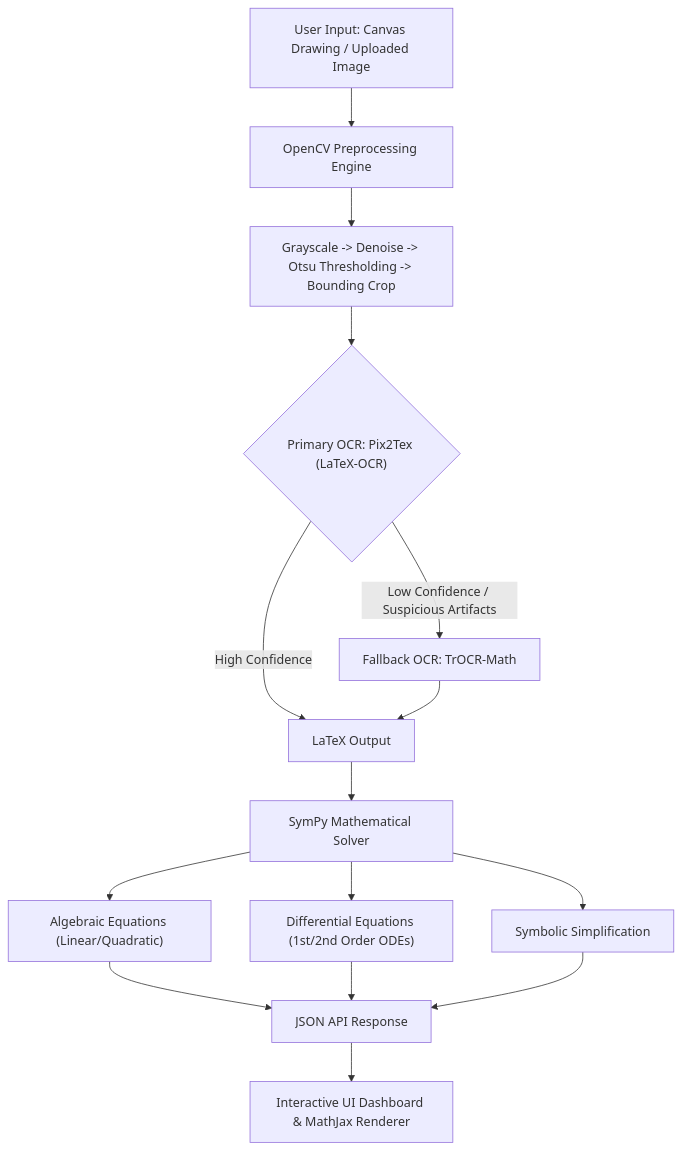
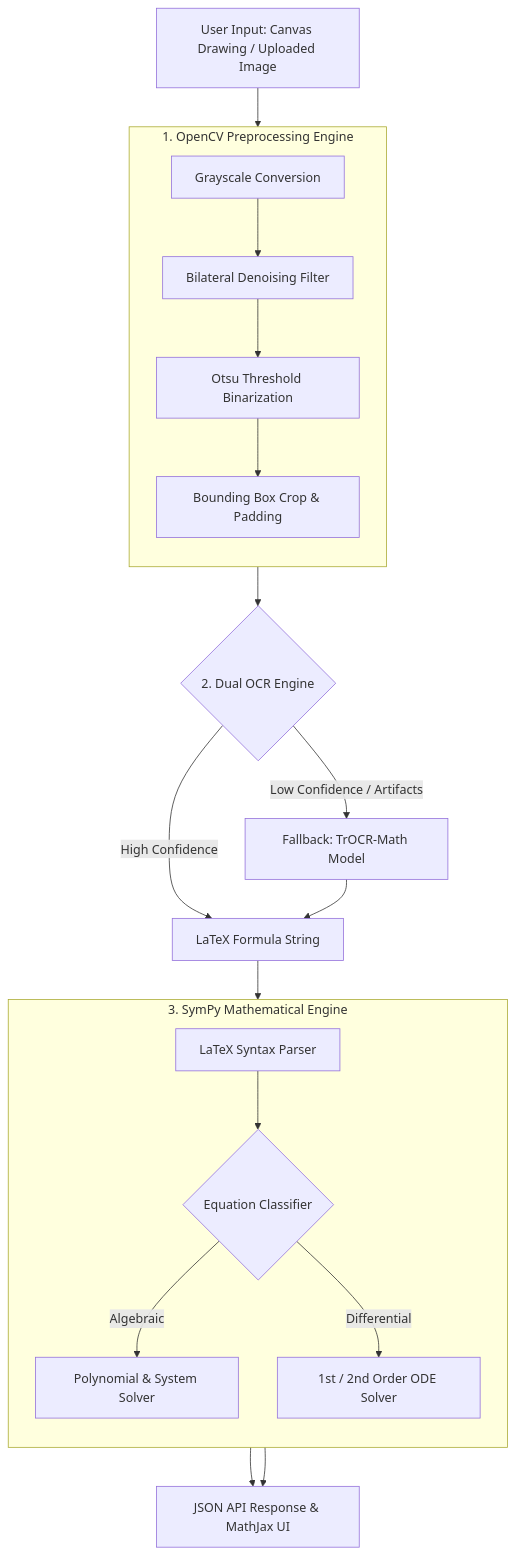
The diagram in README.md (tarun05-design/Equation-Slate), drawn with Mermaid before and after one commit.

Commit message:
Fix Mermaid flowchart diagram layout to be clean, balanced and fully connected

````diff
--- a/README.md
+++ b/README.md
@@ -24,20 +24,29 @@
 ```mermaid
 flowchart TD
-    A["User Input: Canvas Drawing / Uploaded Image"] --> B["OpenCV Preprocessing Engine"]
-    B --> C["Grayscale -> Denoise -> Otsu Thresholding -> Bounding Crop"]
-    C --> D{"Primary OCR: Pix2Tex (LaTeX-OCR)"}
+    A["User Input: Canvas Drawing / Uploaded Image"] --> P1
+
+    subgraph Preprocessing ["1. OpenCV Preprocessing Engine"]
+        direction TB
+        P1["Grayscale Conversion"] --> P2["Bilateral Denoising Filter"]
+        P2 --> P3["Otsu Threshold Binarization"]
+        P3 --> P4["Bounding Box Crop & Padding"]
+    end
+
+    P4 --> OCR{"2. Dual OCR Engine"}
     
-    D -- "High Confidence" --> F["LaTeX Output"]
-    D -- "Low Confidence / Suspicious Artifacts" --> E["Fallback OCR: TrOCR-Math"]
-    E --> F
-    
-    F --> G["SymPy Mathematical Solver"]
-    G --> H1["Algebraic Equations (Linear/Quadratic)"]
-    G --> H2["Differential Equations (1st/2nd Order ODEs)"]
-    G --> H3["Symbolic Simplification"]
-    
-    H1 --> I["JSON API Response"]
-    H2 --> I
-    H3 --> I
-    I --> J["Interactive UI Dashboard & MathJax Renderer"]
+    OCR -- "High Confidence" --> LaTeX["LaTeX Formula String"]
+    OCR -- "Low Confidence / Artifacts" --> TrOCR["Fallback: TrOCR-Math Model"]
+    TrOCR --> LaTeX
+
+    LaTeX --> S1
+
+    subgraph Solving ["3. SymPy Mathematical Engine"]
+        direction TB
+        S1["LaTeX Syntax Parser"] --> S2{"Equation Classifier"}
+        S2 -- "Algebraic" --> S3["Polynomial & System Solver"]
+        S2 -- "Differential" --> S4["1st / 2nd Order ODE Solver"]
+    end
+
+    S3 --> Out["JSON API Response & MathJax UI"]
+    S4 --> Out
 ```
````
